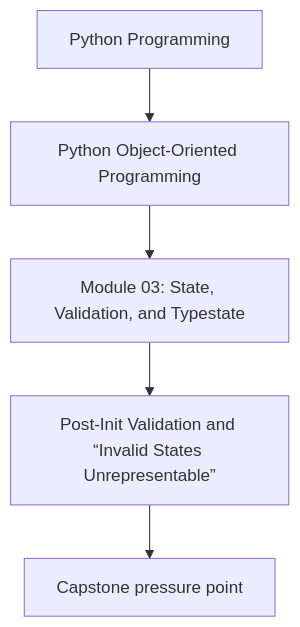
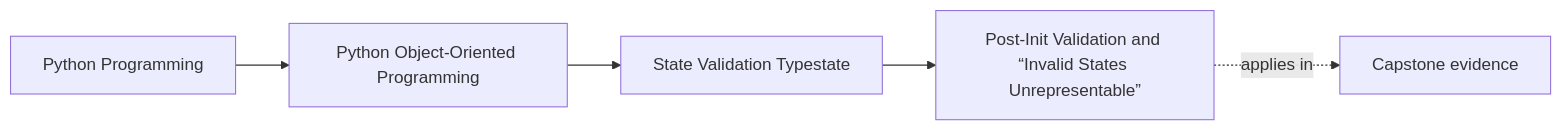
Before and after one commit to bijux/bijux-masterclass: the first of 2 diagrams in programs/python-programming/python-object-oriented-programming/course-book/module-03-state-validation-typestate/post-init-validation-and-invariants.md, drawn with Mermaid. The commit also changed other lines of this file and 65 other files, not shown here.

Commit message:
docs(python-object-oriented-programming): map object model and design foundations

````diff
--- a/programs/python-programming/python-object-oriented-programming/course-book/module-03-state-validation-typestate/post-init-validation-and-invariants.md
+++ b/programs/python-programming/python-object-oriented-programming/course-book/module-03-state-validation-typestate/post-init-validation-and-invariants.md
@@ -7,7 +7,11 @@
 ```mermaid
-flowchart TD
-  family["Python Programming"] --> program["Python Object-Oriented Programming"]
-  program --> module["Module 03: State, Validation, and Typestate"]
-  module --> concept["Post-Init Validation and “Invalid States Unrepresentable”"]
-  concept --> capstone["Capstone pressure point"]
+graph LR
+  family["Python Programming"]
+  program["Python Object-Oriented Programming"]
+  section["State Validation Typestate"]
+  page["Post-Init Validation and “Invalid States Unrepresentable”"]
+  capstone["Capstone evidence"]
+
+  family --> program --> section --> page
+  page -.applies in.-> capstone
 ```
````
